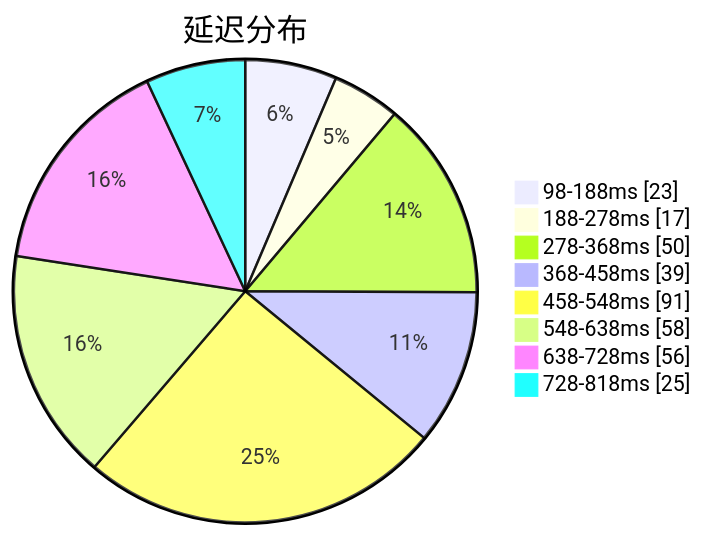
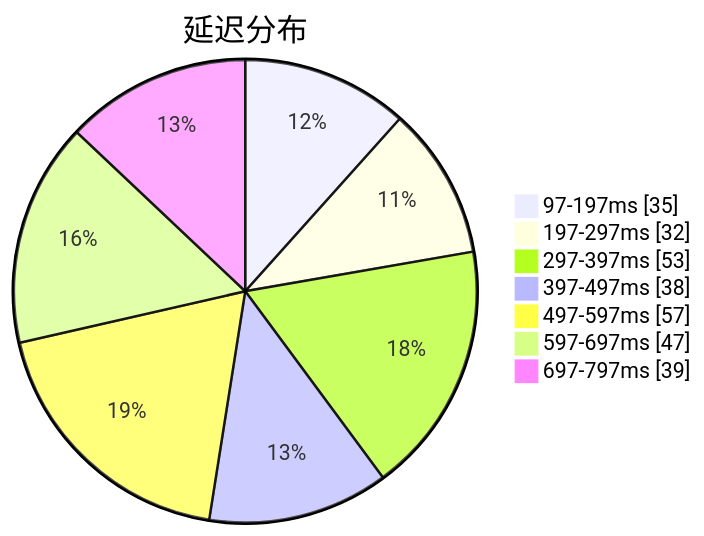
Before and after one commit to sinspired/airport: the first of 3 diagrams in subs/statistics/tested_within.md, drawn with Mermaid. The commit also changed other lines of this file and 2 other files, not shown here.

````diff
--- a/subs/statistics/tested_within.md
+++ b/subs/statistics/tested_within.md
@@ -2,12 +2,11 @@
 ```mermaid
 pie showData
 title 延迟分布
-"98-188ms" : 23
-"188-278ms" : 17
-"278-368ms" : 50
-"368-458ms" : 39
-"458-548ms" : 91
-"548-638ms" : 58
-"638-728ms" : 56
-"728-818ms" : 25
+"97-197ms" : 35
+"197-297ms" : 32
+"297-397ms" : 53
+"397-497ms" : 38
+"497-597ms" : 57
+"597-697ms" : 47
+"697-797ms" : 39
 ```
````
